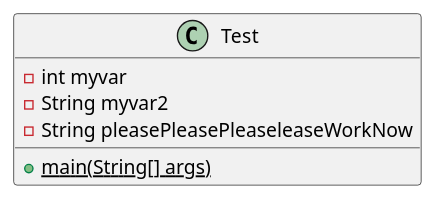
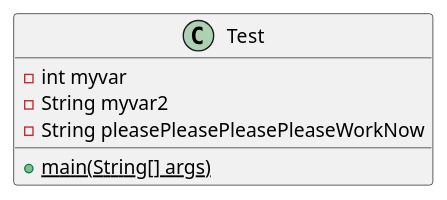
Before and after one commit to andrewdimmer/csi-3370-software-project-config-test: the diagram in docs/uml/test.puml, drawn with PlantUML.

```diff
--- a/docs/uml/test.puml
+++ b/docs/uml/test.puml
@@ -1,10 +1,10 @@
 @startuml test
 
 class Test {
     - int myvar
     - String myvar2
-    - String pleasePleasePleaseleaseWorkNow
+    - String pleasePleasePleasePleaseWorkNow
     {static} + main(String[] args)
 }
 
 @enduml
```
